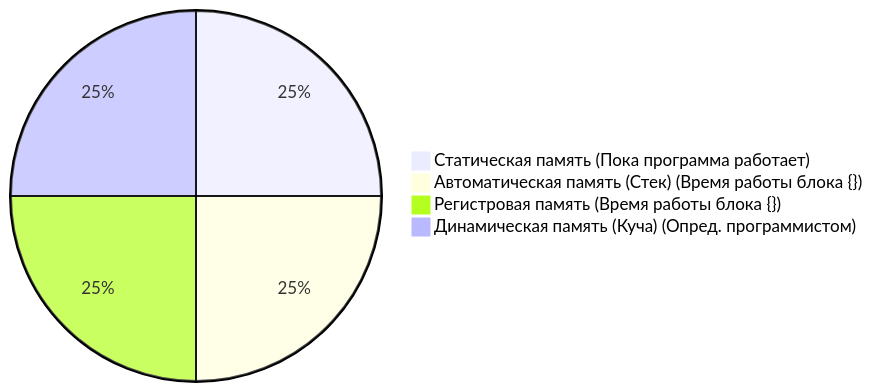
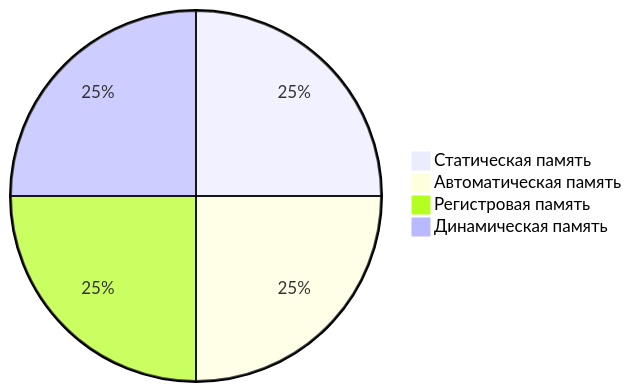
One commit to BurdichxD4r/Cpp_Lessons changed the third of 3 diagrams in class_work/Lesson_5/README.md. Above: the diagram before and after it, drawn with Mermaid.

Commit message:
Lesson_5 file.md v4.2

````diff
--- a/class_work/Lesson_5/README.md
+++ b/class_work/Lesson_5/README.md
@@ -144,7 +144,7 @@
 ```mermaid
 pie 
-    "Статическая память (Пока программа работает)" : 25
-    "Автоматическая память (Стек) (Время работы блока {})" : 25
-    "Регистровая память (Время работы блока {})" : 25
-    "Динамическая память (Куча) (Опред. программистом)" : 25
+    "Статическая память" : 25
+    "Автоматическая память" : 25
+    "Регистровая память" : 25
+    "Динамическая память " : 25
 ```
````
